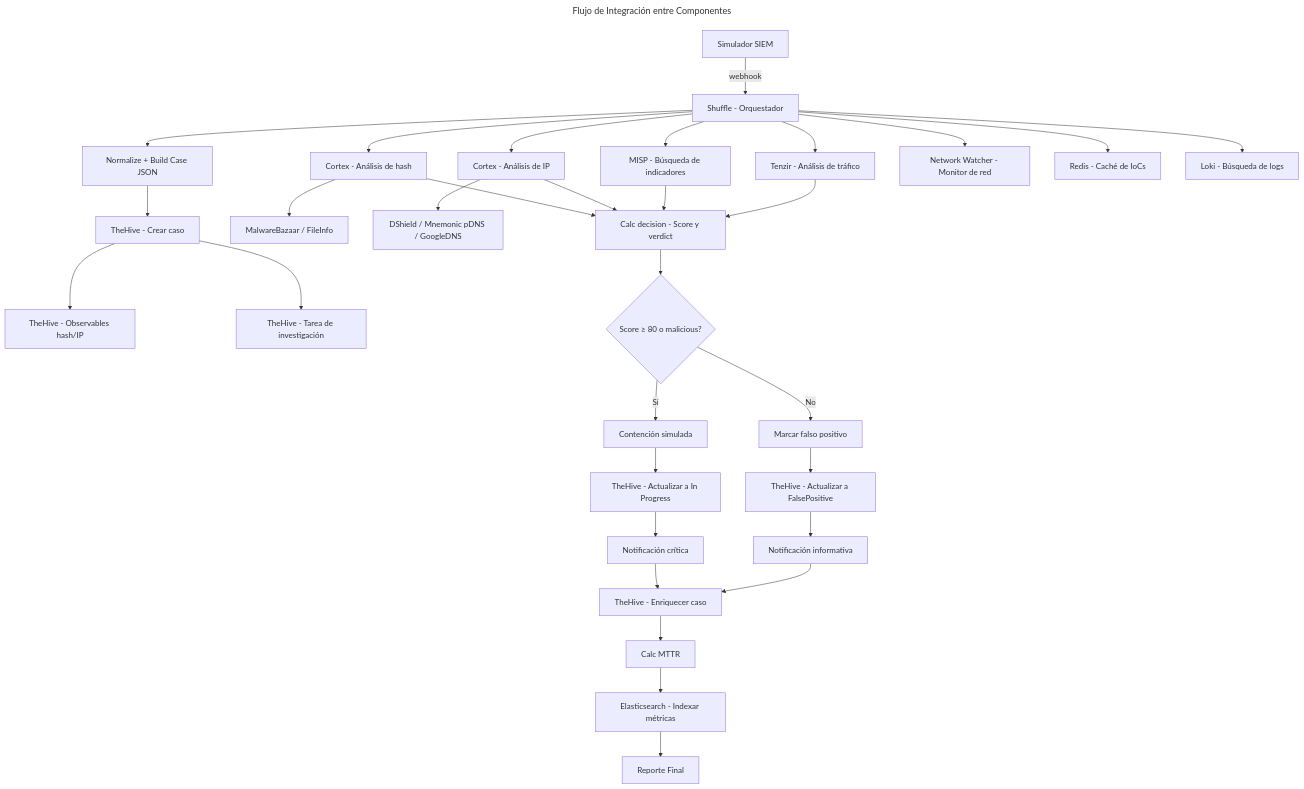
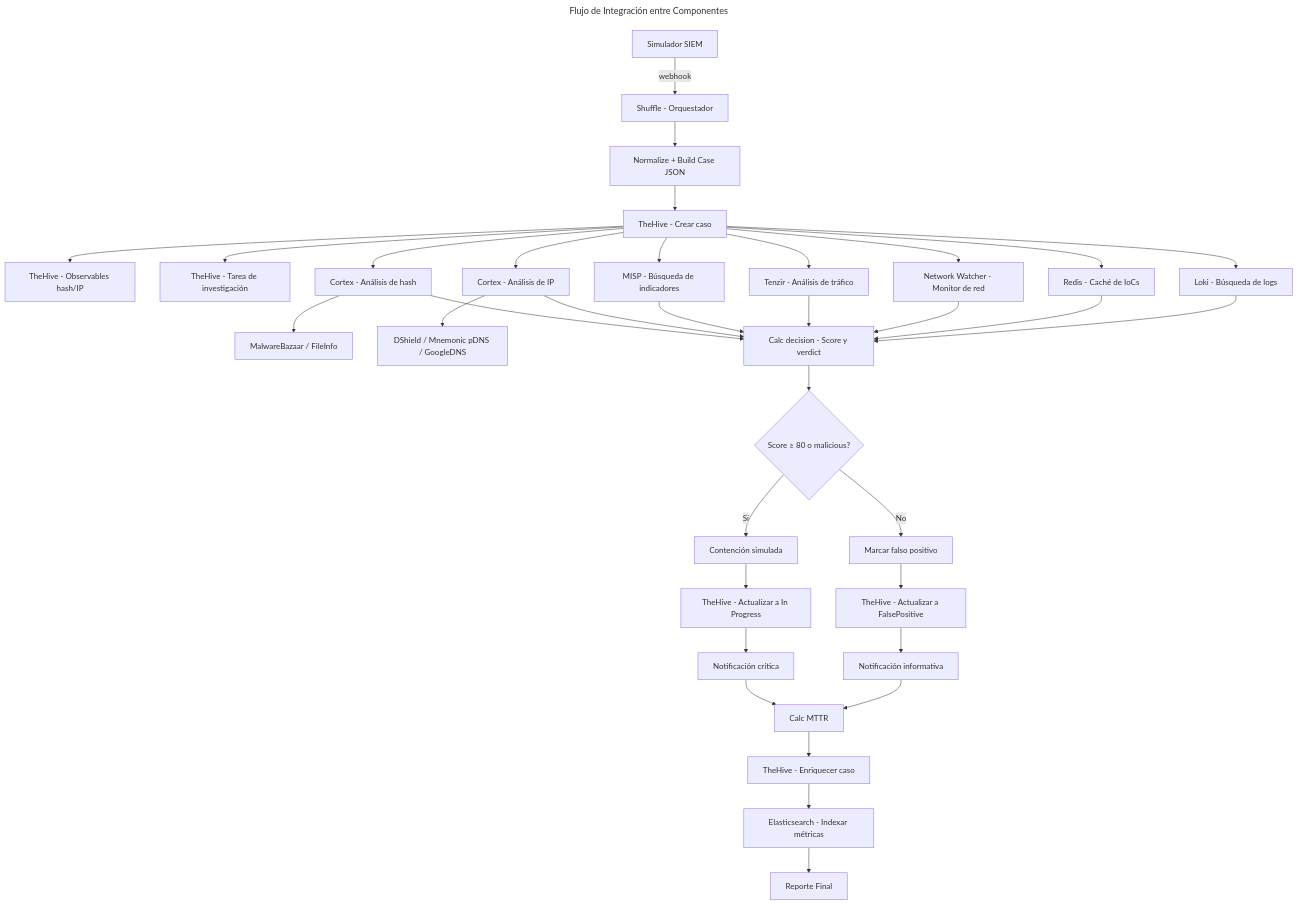
Before and after one commit to alesanfe/soar-ransomware-lab: the fourth of 10 diagrams in docs/thesis/specific_development.md, drawn with Mermaid.

Commit message:
docs(thesis): corregir flechas del diagrama Flujo de Integracion
Verificado contra build_branches() en workflow_actions.py (60 ramas).

Errores corregidos:
1. Fan-out desde Shuffle (B) -> desde TheHive (D): las ramas reales
   son ACT_THEHIVE -> ACT_CORTEX_HASH, ACT_MISP, ACT_TENZIR, etc.
   Cambiadas 6 flechas: B->G/H/K/L/M/N/O -> D->G/H/K/L/M/N/O

2. Faltaban 3 flechas al nodo de decision: Network Watcher, Redis y
   Loki tambien alimentan calc_decision. Anadidas M->P, N->P, O->P.

3. V->X y W->X estaban mal: el flujo real es
   notify_critical -> calc_mttr y notify_info -> calc_mttr.
   Cambiadas a V->Y y W->Y.

4. X->Y invertido: el orden real es calc_mttr -> build_summary ->
   enrich_case -> build_metrics -> index_metrics.
   Cambiado a Y->X (calc_mttr -> enrich_case -> index metrics).

````diff
--- a/docs/thesis/specific_development.md
+++ b/docs/thesis/specific_development.md
@@ -278,36 +278,39 @@
 ```mermaid
 ---
 title: Flujo de Integración entre Componentes
 ---
 graph TD
     A[Simulador SIEM] -->|webhook| B[Shuffle - Orquestador]
     B --> C[Normalize + Build Case JSON]
     C --> D[TheHive - Crear caso]
     D --> E[TheHive - Observables hash/IP]
     D --> F[TheHive - Tarea de investigación]
-    B --> G[Cortex - Análisis de hash]
-    B --> H[Cortex - Análisis de IP]
+    D --> G[Cortex - Análisis de hash]
+    D --> H[Cortex - Análisis de IP]
     G --> I[MalwareBazaar / FileInfo]
     H --> J[DShield / Mnemonic pDNS / GoogleDNS]
-    B --> K[MISP - Búsqueda de indicadores]
-    B --> L[Tenzir - Análisis de tráfico]
-    B --> M[Network Watcher - Monitor de red]
-    B --> N[Redis - Caché de IoCs]
-    B --> O[Loki - Búsqueda de logs]
+    D --> K[MISP - Búsqueda de indicadores]
+    D --> L[Tenzir - Análisis de tráfico]
+    D --> M[Network Watcher - Monitor de red]
+    D --> N[Redis - Caché de IoCs]
+    D --> O[Loki - Búsqueda de logs]
     G --> P[Calc decision - Score y verdict]
     H --> P
     K --> P
     L --> P
+    M --> P
+    N --> P
+    O --> P
     P --> Q{Score ≥ 80 o malicious?}
     Q -->|Sí| R[Contención simulada]
     Q -->|No| S[Marcar falso positivo]
     R --> T[TheHive - Actualizar a In Progress]
     S --> U[TheHive - Actualizar a FalsePositive]
     T --> V[Notificación crítica]
     U --> W[Notificación informativa]
-    V --> X[TheHive - Enriquecer caso]
-    W --> X
-    X --> Y[Calc MTTR]
-    Y --> Z[Elasticsearch - Indexar métricas]
+    V --> Y[Calc MTTR]
+    W --> Y
+    Y --> X[TheHive - Enriquecer caso]
+    X --> Z[Elasticsearch - Indexar métricas]
     Z --> AA[Reporte Final]
 ```
````
